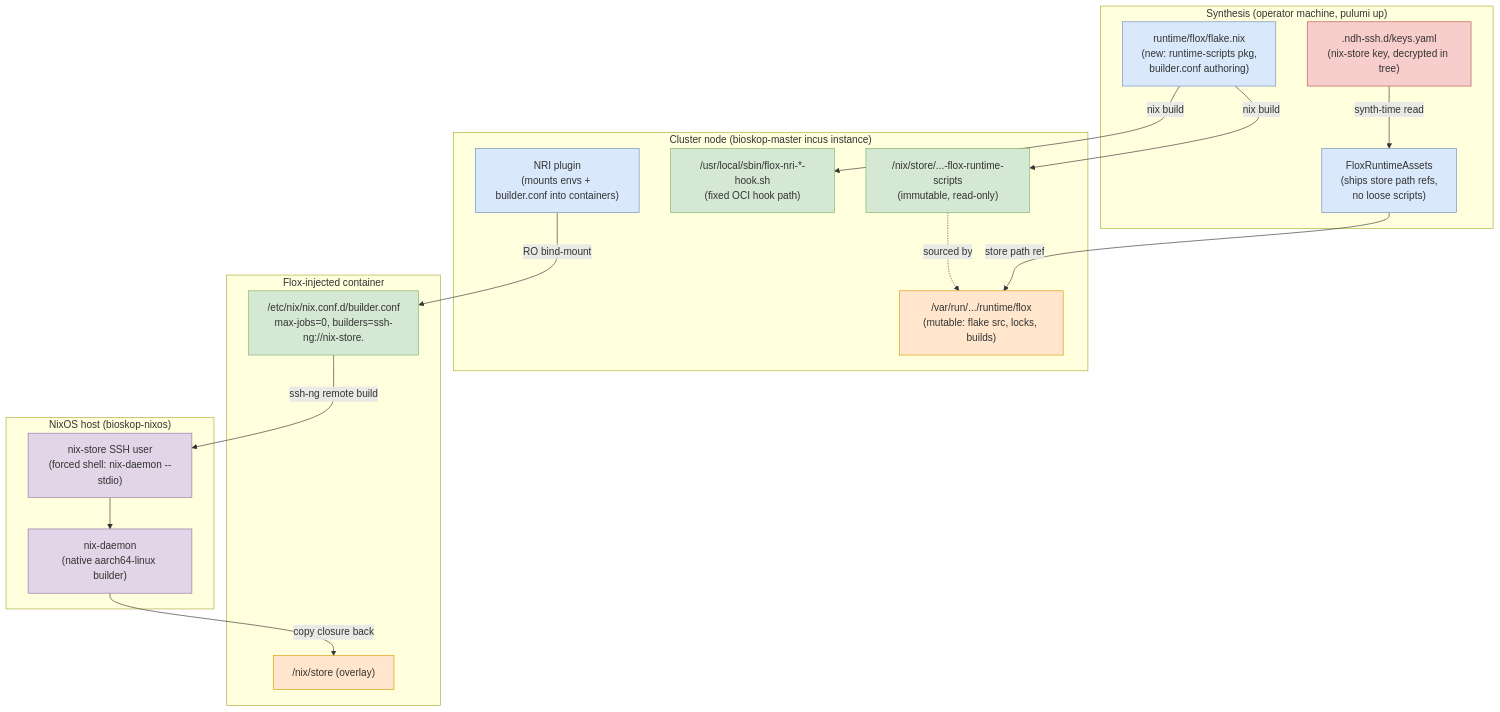
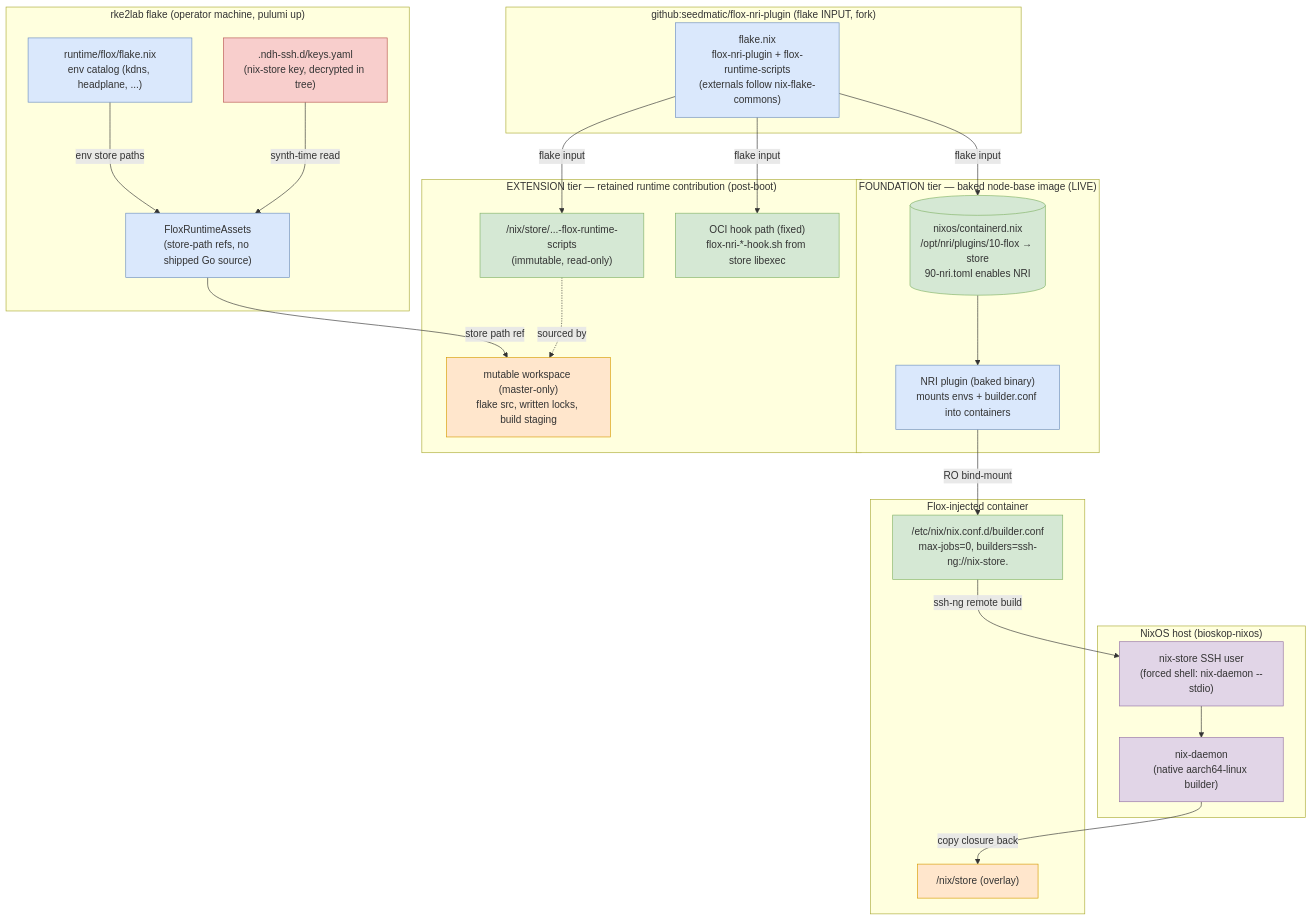
Before and after one commit to nxmatic/rke2lab: the diagram in docs/architecture/patterns/flox-store-resolved-runtime-and-builder.adoc, drawn with Mermaid. The commit also changed other lines of this file and 3 other files, not shown here.

First line of the commit message:
docs(flox): align store-resolved runtime + NRI C4 to the NixOS substrate (two-tier)

```diff
--- a/docs/architecture/patterns/flox-store-resolved-runtime-and-builder.adoc
+++ b/docs/architecture/patterns/flox-store-resolved-runtime-and-builder.adoc
@@ -87,42 +122,53 @@
 [mermaid]
 ....
 flowchart TB
-  subgraph synth["Synthesis (operator machine, pulumi up)"]
-    flake["runtime/flox/flake.nix\n(new: runtime-scripts pkg,\nbuilder.conf authoring)"]:::code
-    assets["FloxRuntimeAssets\n(ships store path refs,\nno loose scripts)"]:::code
-    keys[".ndh-ssh.d/keys.yaml\n(nix-store key, decrypted in tree)"]:::secret
+  subgraph fork["github:seedmatic/flox-nri-plugin (flake INPUT, fork)"]
+    forkflake["flake.nix<br/>flox-nri-plugin + flox-runtime-scripts<br/>(externals follow nix-flake-commons)"]:::code
   end
 
-  subgraph node["Cluster node (bioskop-master incus instance)"]
-    store["/nix/store/...-flox-runtime-scripts\n(immutable, read-only)"]:::store
-    workspace["/var/run/.../runtime/flox\n(mutable: flake src, locks, builds)"]:::mut
-    hooks["/usr/local/sbin/flox-nri-*-hook.sh\n(fixed OCI hook path)"]:::store
-    plugin["NRI plugin\n(mounts envs + builder.conf into containers)"]:::code
+  subgraph rke2["rke2lab flake (operator machine, pulumi up)"]
+    envflake["runtime/flox/flake.nix<br/>env catalog (kdns, headplane, ...)"]:::code
+    assets["FloxRuntimeAssets<br/>(store-path refs, no shipped Go source)"]:::code
+    keys[".ndh-ssh.d/keys.yaml<br/>(nix-store key, decrypted in tree)"]:::secret
   end
 
-  subgraph host["NixOS host (bioskop-nixos)"]
-    daemon["nix-daemon\n(native aarch64-linux builder)"]:::builder
-    inbound["nix-store SSH user\n(forced shell: nix-daemon --stdio)"]:::builder
+  subgraph found["FOUNDATION tier — baked node-base image (LIVE)"]
+    image[("nixos/containerd.nix<br/>/opt/nri/plugins/10-flox → store<br/>90-nri.toml enables NRI")]:::store
+    plugin["NRI plugin (baked binary)<br/>mounts envs + builder.conf into containers"]:::code
+  end
+
+  subgraph ext["EXTENSION tier — retained runtime contribution (post-boot)"]
+    store["/nix/store/...-flox-runtime-scripts<br/>(immutable, read-only)"]:::store
+    workspace["mutable workspace (master-only)<br/>flake src, written locks, build staging"]:::mut
+    hooks["OCI hook path (fixed)<br/>flox-nri-*-hook.sh from store libexec"]:::store
+  end
+
+  subgraph nhost["NixOS host (bioskop-nixos)"]
+    daemon["nix-daemon<br/>(native aarch64-linux builder)"]:::builder
+    inbound["nix-store SSH user<br/>(forced shell: nix-daemon --stdio)"]:::builder
   end
 
   subgraph ctr["Flox-injected container"]
-    cnix["/etc/nix/nix.conf.d/builder.conf\nmax-jobs=0, builders=ssh-ng://nix-store.<host>"]:::store
+    cnix["/etc/nix/nix.conf.d/builder.conf<br/>max-jobs=0, builders=ssh-ng://nix-store.<host>"]:::store
     cstore["/nix/store (overlay)"]:::mut
   end
 
-  flake -->|nix build| store
-  flake -->|nix build| hooks
+  forkflake -->|flake input| image
+  forkflake -->|flake input| store
+  forkflake -->|flake input| hooks
+  envflake -->|env store paths| assets
   assets -->|store path ref| workspace
   keys -->|synth-time read| assets
+  image --> plugin
   store -.->|sourced by| workspace
   plugin -->|RO bind-mount| cnix
   cnix -->|ssh-ng remote build| inbound
   inbound --> daemon
   daemon -->|copy closure back| cstore
 
   classDef code fill:#dae8fc,stroke:#6c8ebf
   classDef store fill:#d5e8d4,stroke:#82b366
   classDef mut fill:#ffe6cc,stroke:#d79b00
   classDef secret fill:#f8cecc,stroke:#b85450
   classDef builder fill:#e1d5e7,stroke:#9673a6
 ....
```
